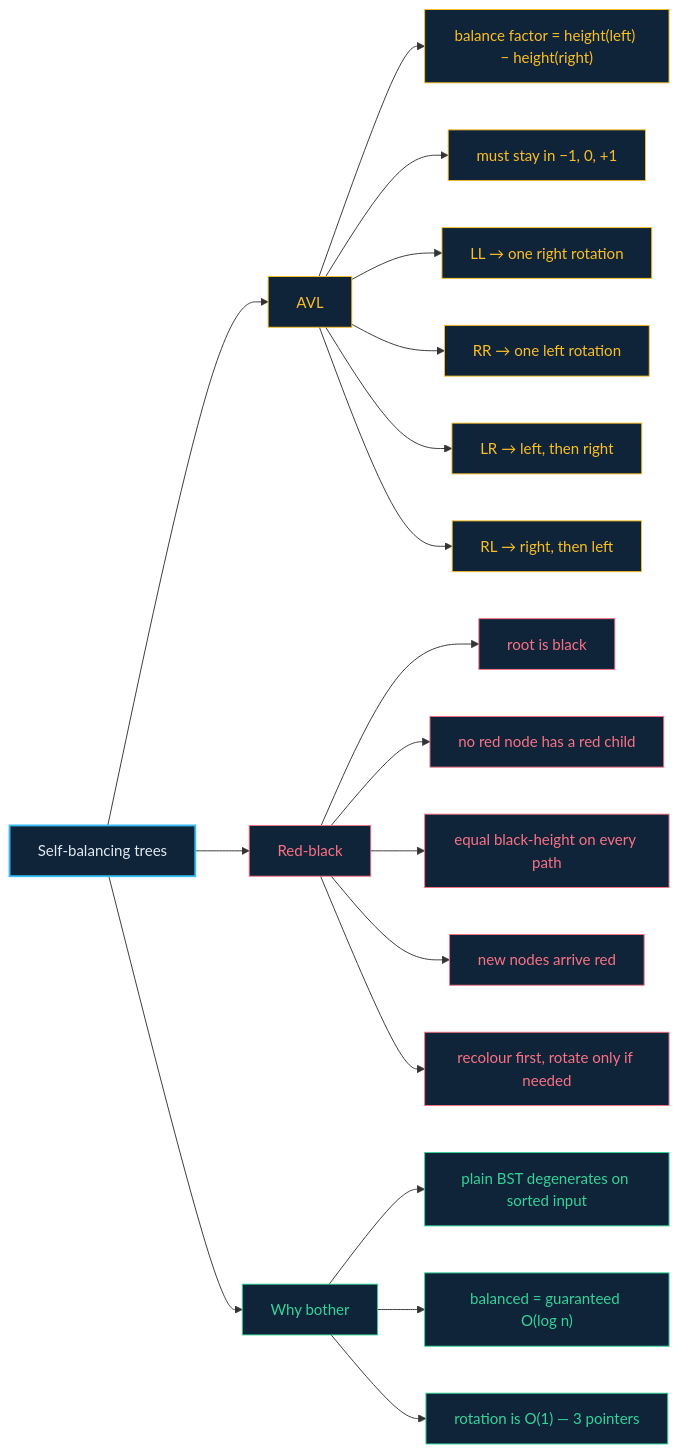
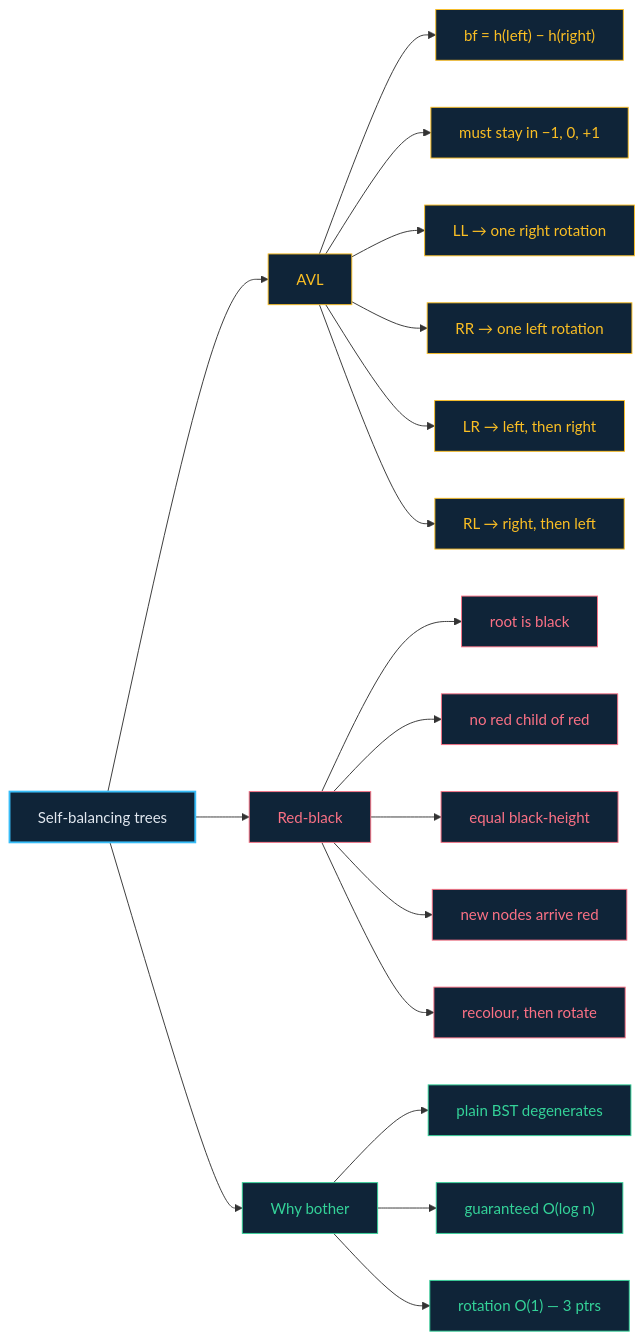
Before and after one commit to rajeshgoyalg/Learn-Data-Structures-and-Algorithms-Visually: the diagram in docs/11-balanced-trees.md, drawn with Mermaid. The commit also changed 21 other files, not shown here.

First line of the commit message:
Shorten every mermaid label so diagrams cannot overflow and clip

````diff
--- a/docs/11-balanced-trees.md
+++ b/docs/11-balanced-trees.md
@@ -41,32 +41,32 @@
 ```mermaid
 flowchart LR
   B["Self-balancing trees"] --> A["AVL"]
   B --> R["Red-black"]
   B --> W["Why bother"]
 
-  A --> A1["balance factor = height(left) − height(right)"]
+  A --> A1["bf = h(left) − h(right)"]
   A --> A2["must stay in −1, 0, +1"]
   A --> A3["LL → one right rotation"]
   A --> A4["RR → one left rotation"]
   A --> A5["LR → left, then right"]
   A --> A6["RL → right, then left"]
 
   R --> R1["root is black"]
-  R --> R2["no red node has a red child"]
-  R --> R3["equal black-height on every path"]
+  R --> R2["no red child of red"]
+  R --> R3["equal black-height"]
   R --> R4["new nodes arrive red"]
-  R --> R5["recolour first, rotate only if needed"]
+  R --> R5["recolour, then rotate"]
 
-  W --> W1["plain BST degenerates on sorted input"]
-  W --> W2["balanced = guaranteed O(log n)"]
-  W --> W3["rotation is O(1) — 3 pointers"]
+  W --> W1["plain BST degenerates"]
+  W --> W2["guaranteed O(log n)"]
+  W --> W3["rotation O(1) — 3 ptrs"]
 
   classDef root fill:#0f2438,stroke:#38bdf8,stroke-width:2px,color:#e2e8f0
   classDef a fill:#0f2438,stroke:#fbbf24,color:#fbbf24
   classDef r fill:#0f2438,stroke:#fb7185,color:#fb7185
   classDef w fill:#0f2438,stroke:#34d399,color:#34d399
   class B root
   class A,A1,A2,A3,A4,A5,A6 a
   class R,R1,R2,R3,R4,R5 r
   class W,W1,W2,W3 w
 ```
````
